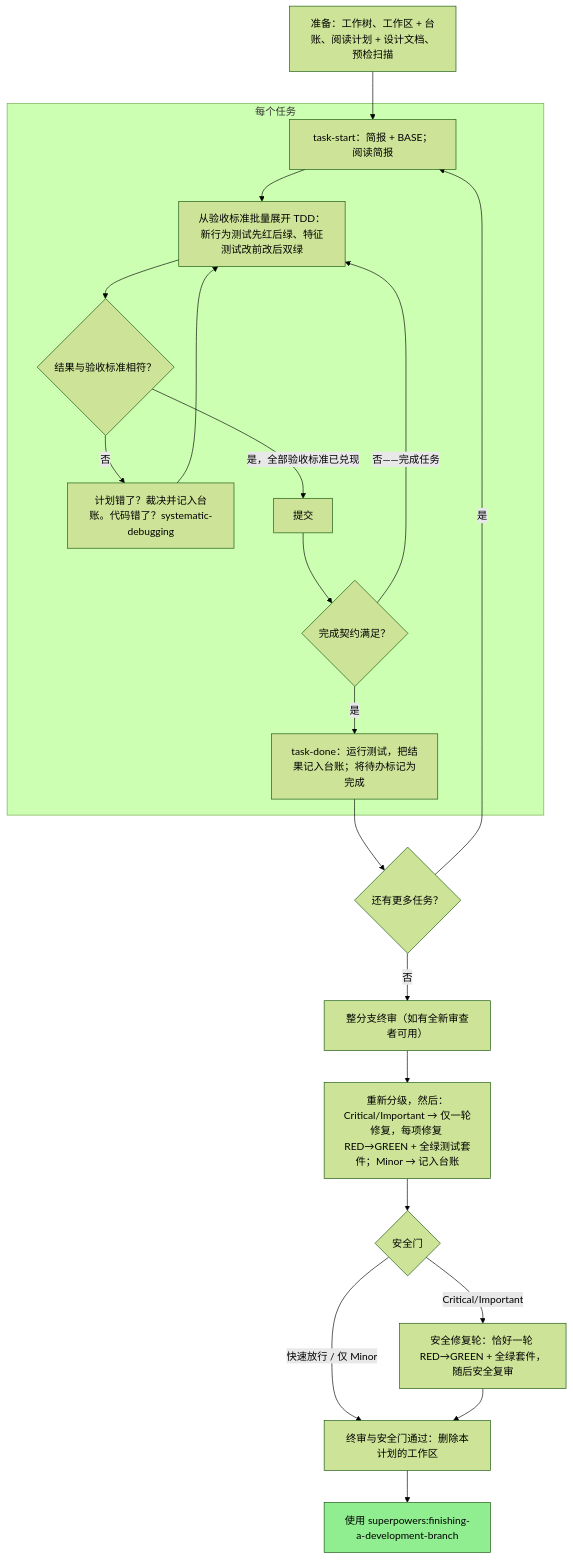
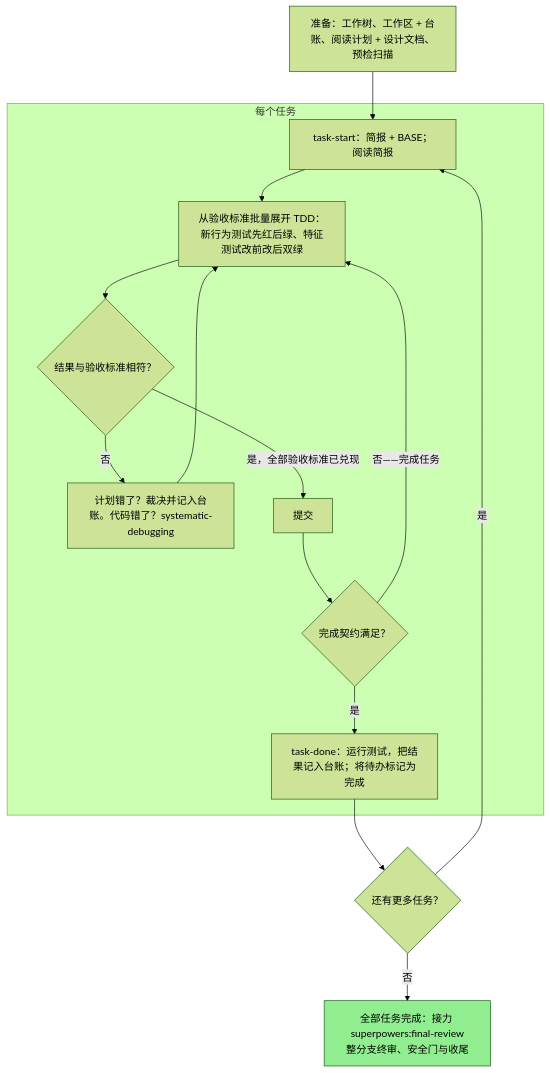
Before and after one commit to chuxiao/superpowers: the diagram in skills/executing-plans/SKILL.md, drawn with Mermaid (forest theme). The commit also changed other lines of this file and 11 other files, not shown here.

````diff
--- a/skills/executing-plans/SKILL.md
+++ b/skills/executing-plans/SKILL.md
@@ -34,41 +34,30 @@
 ```mermaid
 flowchart TD
     prep["准备：工作树、工作区 + 台账、阅读计划 + 设计文档、预检扫描"]
     more_tasks{"还有更多任务？"}
-    branch_review["整分支终审（如有全新审查者可用）"]
-    triage_and_fix["重新分级，然后：Critical/Important → 仅一轮修复，每项修复 RED→GREEN + 全绿测试套件；Minor → 记入台账"]
-    security_gate{"安全门"}
-    sg_fix["安全修复轮：恰好一轮 RED→GREEN + 全绿套件，随后安全复审"]
-    cleanup["终审与安全门通过：删除本计划的工作区"]
-    finish["使用 superpowers:finishing-a-development-branch"]
+    final_handoff["全部任务完成：接力 superpowers:final-review<br/>整分支终审、安全门与收尾"]
 
     subgraph per_task["每个任务"]
         task_start["task-start：简报 + BASE；阅读简报"]
         tdd_loop["从验收标准批量展开 TDD：新行为测试先红后绿、特征测试改前改后双绿"]
         matches_acceptance{"结果与验收标准相符？"}
         diagnose["计划错了？裁决并记入台账。代码错了？systematic-debugging"]
         commit["提交"]
         contract_met{"完成契约满足？"}
         task_done["task-done：运行测试，把结果记入台账；将待办标记为完成"]
     end
 
     prep --> task_start
     task_start --> tdd_loop
     tdd_loop --> matches_acceptance
     matches_acceptance -->|否| diagnose
     diagnose --> tdd_loop
     matches_acceptance -->|是，全部验收标准已兑现| commit
     commit --> contract_met
     contract_met -->|否——完成任务| tdd_loop
     contract_met -->|是| task_done
     task_done --> more_tasks
     more_tasks -->|是| task_start
-    more_tasks -->|否| branch_review
-    branch_review --> triage_and_fix
-    triage_and_fix --> security_gate
-    security_gate -->|快速放行 / 仅 Minor| cleanup
-    security_gate -->|Critical/Important| sg_fix
-    sg_fix --> cleanup
-    cleanup --> finish
-    style finish fill:#90ee90
+    more_tasks -->|否| final_handoff
+    style final_handoff fill:#90ee90
 ```
````
